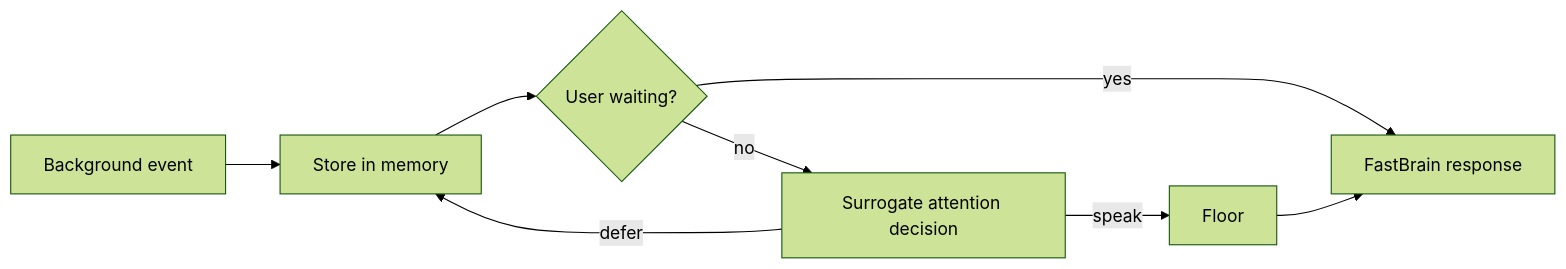
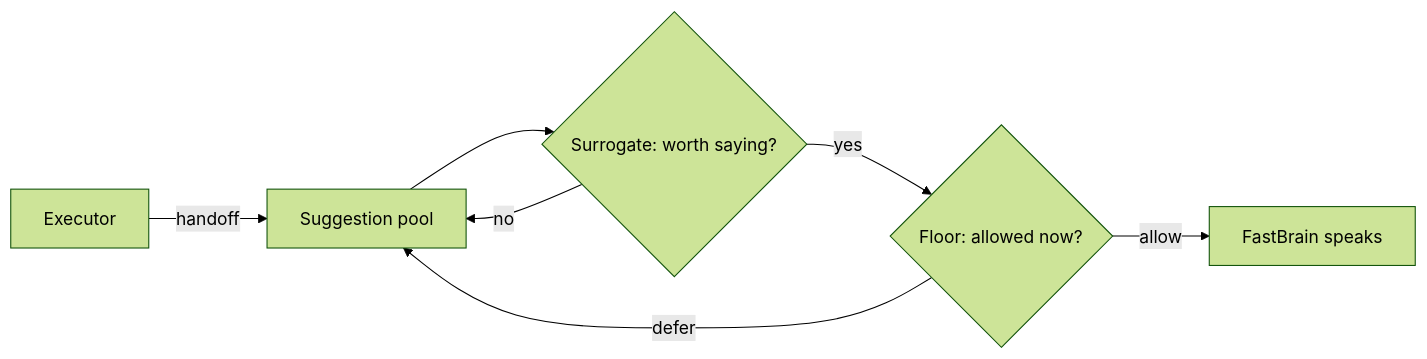
One commit to deepnovacore/NovaAudioAgent changed the second of 2 diagrams in docs/blog/2026-08-proactive-voice-agent-design-space.md. Above: the diagram before and after it, drawn with Mermaid (forest theme). The commit also changed other lines of this file and 6 other files, not shown here.

````diff
--- a/docs/blog/2026-08-proactive-voice-agent-design-space.md
+++ b/docs/blog/2026-08-proactive-voice-agent-design-space.md
@@ -12,10 +95,9 @@
 ```mermaid
 flowchart LR
-  E["Background event"] --> M["Store in memory"]
-  M --> Q{"User waiting?"}
-  Q -->|"yes"| F["FastBrain response"]
-  Q -->|"no"| S["Surrogate attention decision"]
-  S -->|"speak"| FL["Floor"]
-  S -->|"defer"| M
-  FL --> F
+  X[Executor] -- handoff --> P[Suggestion pool]
+  P --> S{"Surrogate: worth saying?"}
+  S -- yes --> F{"Floor: allowed now?"}
+  F -- allow --> FB[FastBrain speaks]
+  F -- defer --> P
+  S -- no --> P
 ```
````
